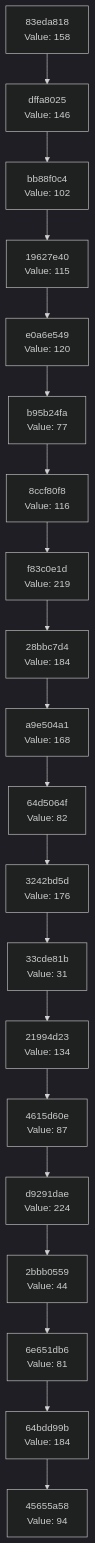
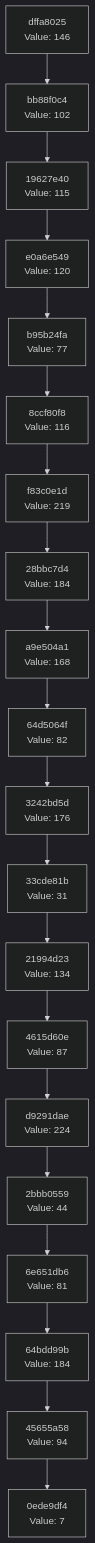
Before and after one commit to Abhisheksinha1506/hash-chain-evolver: the diagram in docs/CHAIN_VISUALIZATION.md, drawn with Mermaid (dark theme). The commit also changed 2 other files, not shown here.

Commit message:
Evolution step: hash 0x07 → action executed

````diff
--- a/docs/CHAIN_VISUALIZATION.md
+++ b/docs/CHAIN_VISUALIZATION.md
@@ -3,42 +3,42 @@
 ```mermaid
 graph TD
-    C0["45655a58<br/>Value: 94"]
-    C1["64bdd99b<br/>Value: 184"]
+    C0["0ede9df4<br/>Value: 7"]
+    C1["45655a58<br/>Value: 94"]
     C1 --> C0
-    C2["6e651db6<br/>Value: 81"]
+    C2["64bdd99b<br/>Value: 184"]
     C2 --> C1
-    C3["2bbb0559<br/>Value: 44"]
+    C3["6e651db6<br/>Value: 81"]
     C3 --> C2
-    C4["d9291dae<br/>Value: 224"]
+    C4["2bbb0559<br/>Value: 44"]
     C4 --> C3
-    C5["4615d60e<br/>Value: 87"]
+    C5["d9291dae<br/>Value: 224"]
     C5 --> C4
-    C6["21994d23<br/>Value: 134"]
+    C6["4615d60e<br/>Value: 87"]
     C6 --> C5
-    C7["33cde81b<br/>Value: 31"]
+    C7["21994d23<br/>Value: 134"]
     C7 --> C6
-    C8["3242bd5d<br/>Value: 176"]
+    C8["33cde81b<br/>Value: 31"]
     C8 --> C7
-    C9["64d5064f<br/>Value: 82"]
+    C9["3242bd5d<br/>Value: 176"]
     C9 --> C8
-    C10["a9e504a1<br/>Value: 168"]
+    C10["64d5064f<br/>Value: 82"]
     C10 --> C9
-    C11["28bbc7d4<br/>Value: 184"]
+    C11["a9e504a1<br/>Value: 168"]
     C11 --> C10
-    C12["f83c0e1d<br/>Value: 219"]
+    C12["28bbc7d4<br/>Value: 184"]
     C12 --> C11
-    C13["8ccf80f8<br/>Value: 116"]
+    C13["f83c0e1d<br/>Value: 219"]
     C13 --> C12
-    C14["b95b24fa<br/>Value: 77"]
+    C14["8ccf80f8<br/>Value: 116"]
     C14 --> C13
-    C15["e0a6e549<br/>Value: 120"]
+    C15["b95b24fa<br/>Value: 77"]
     C15 --> C14
-    C16["19627e40<br/>Value: 115"]
+    C16["e0a6e549<br/>Value: 120"]
     C16 --> C15
-    C17["bb88f0c4<br/>Value: 102"]
+    C17["19627e40<br/>Value: 115"]
     C17 --> C16
-    C18["dffa8025<br/>Value: 146"]
+    C18["bb88f0c4<br/>Value: 102"]
     C18 --> C17
-    C19["83eda818<br/>Value: 158"]
+    C19["dffa8025<br/>Value: 146"]
     C19 --> C18
 ```
````
